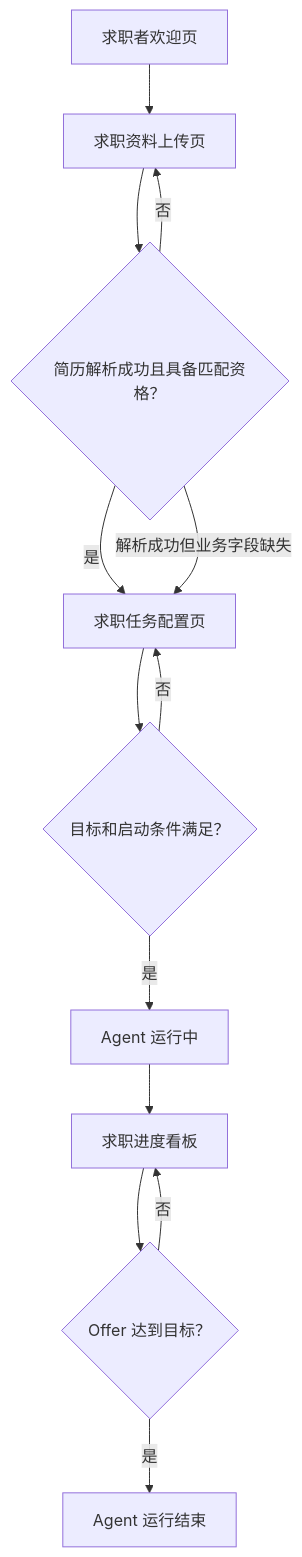
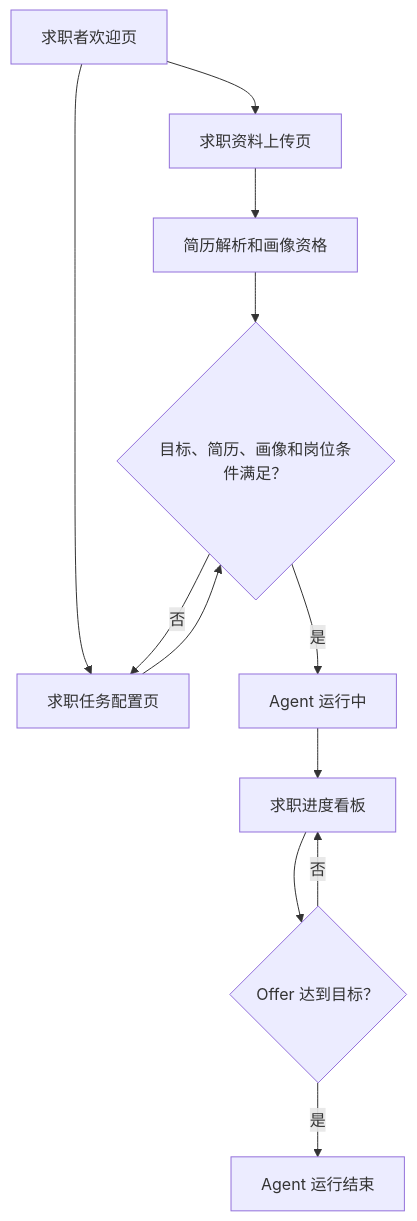
One commit to mingyuexinc/Careerpass changed the second of 3 diagrams in careerpass-frontend/docs/product/frontend-product-flow.md. Above: the diagram before and after it, drawn with Mermaid. The commit also changed other lines of this file and 15 other files, not shown here.

````diff
--- a/careerpass-frontend/docs/product/frontend-product-flow.md
+++ b/careerpass-frontend/docs/product/frontend-product-flow.md
@@ -210,15 +214,14 @@
 ```mermaid
 flowchart TD
     A["求职者欢迎页"] --> B["求职资料上传页"]
-    B --> C{"简历解析成功且具备匹配资格？"}
-    C -- "否" --> B
-    C -- "是" --> D["求职任务配置页"]
-    C -- "解析成功但业务字段缺失" --> D
-    D --> E{"目标和启动条件满足？"}
+    A --> D["求职任务配置页"]
+    B --> C["简历解析和画像资格"]
+    C --> E{"目标、简历、画像和岗位条件满足？"}
+    D --> E
     E -- "否" --> D
     E -- "是" --> F["Agent 运行中"]
     F --> G["求职进度看板"]
     G --> H{"Offer 达到目标？"}
     H -- "否" --> G
     H -- "是" --> I["Agent 运行结束"]
 ```
````
